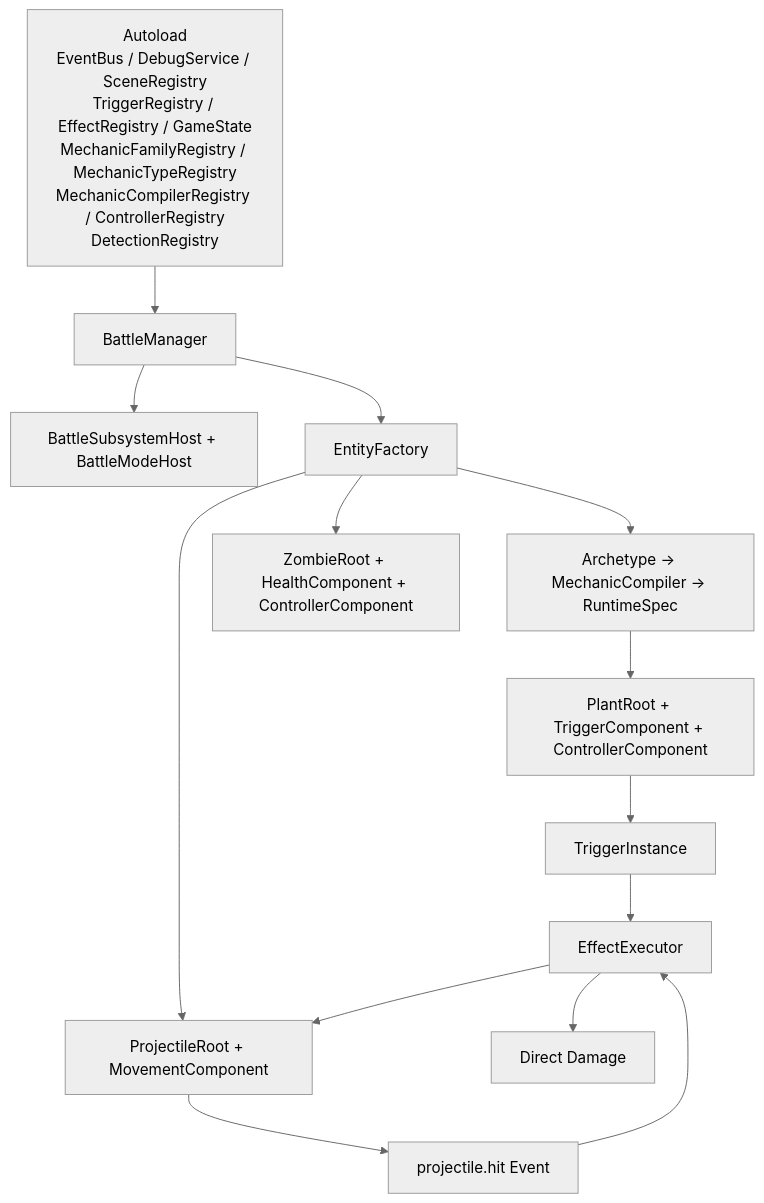
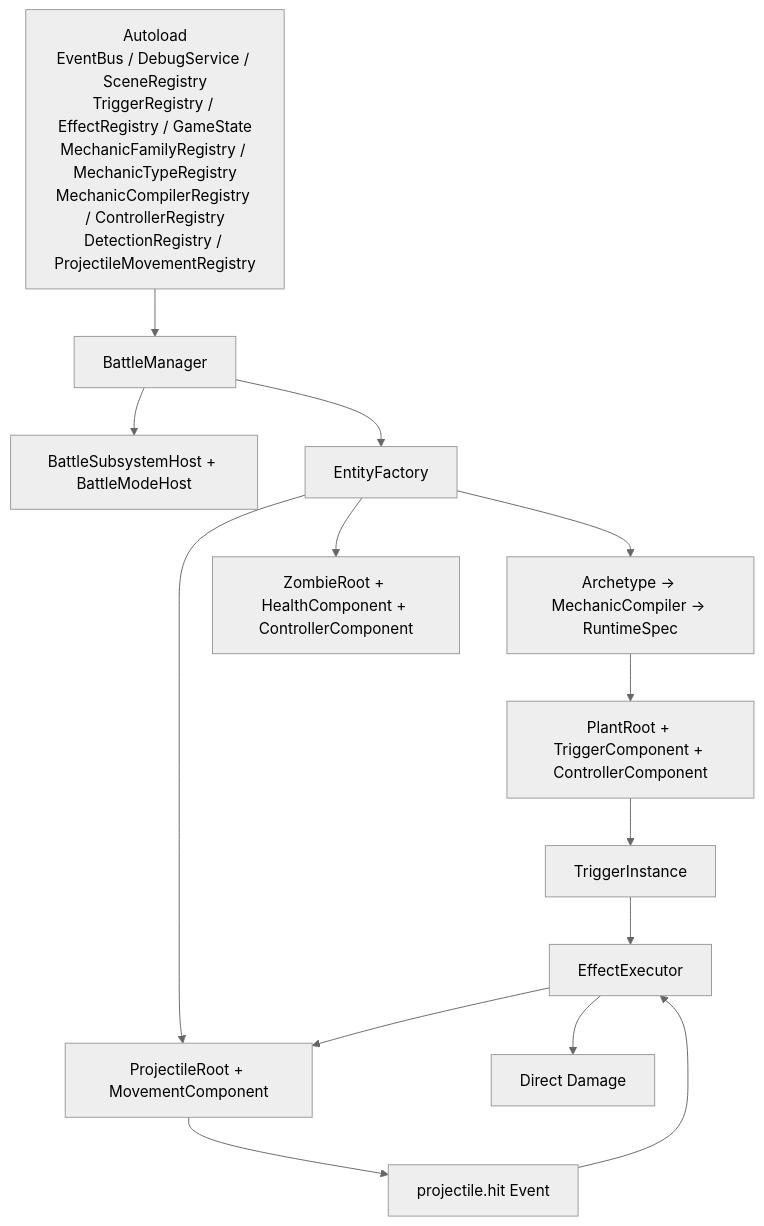
One commit to Abgetrennter/open_pvz changed the second of 2 diagrams in wiki/01-overview/00-架构总览.md. Above: the diagram before and after it, drawn with Mermaid (neutral theme). The commit also changed other lines of this file and 6 other files, not shown here.

````diff
--- a/wiki/01-overview/00-架构总览.md
+++ b/wiki/01-overview/00-架构总览.md
@@ -70,16 +70,16 @@
 ```mermaid
 graph TD
-    A["Autoload<br/>EventBus / DebugService / SceneRegistry<br/>TriggerRegistry / EffectRegistry / GameState<br/>MechanicFamilyRegistry / MechanicTypeRegistry<br/>MechanicCompilerRegistry / ControllerRegistry<br/>DetectionRegistry"] --> B["BattleManager"]
+    A["Autoload<br/>EventBus / DebugService / SceneRegistry<br/>TriggerRegistry / EffectRegistry / GameState<br/>MechanicFamilyRegistry / MechanicTypeRegistry<br/>MechanicCompilerRegistry / ControllerRegistry<br/>DetectionRegistry / ProjectileMovementRegistry"] --> B["BattleManager"]
     B --> B1["BattleSubsystemHost + BattleModeHost"]
     B --> C["EntityFactory"]
     C --> D["Archetype → MechanicCompiler → RuntimeSpec"]
     D --> E["PlantRoot + TriggerComponent + ControllerComponent"]
     C --> F["ZombieRoot + HealthComponent + ControllerComponent"]
     C --> G["ProjectileRoot + MovementComponent"]
     E --> H["TriggerInstance"]
     H --> I["EffectExecutor"]
     I --> G
     I --> J["Direct Damage"]
     G --> K["projectile.hit Event"]
     K --> I
 ```
````
